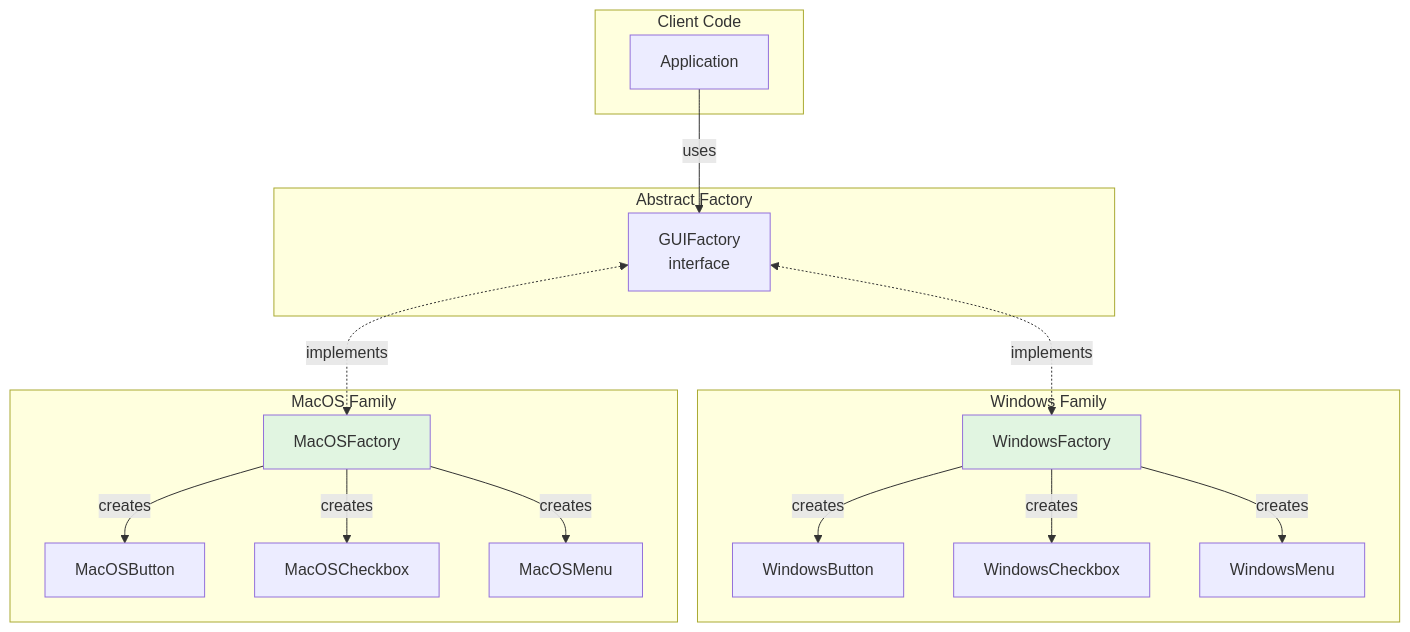
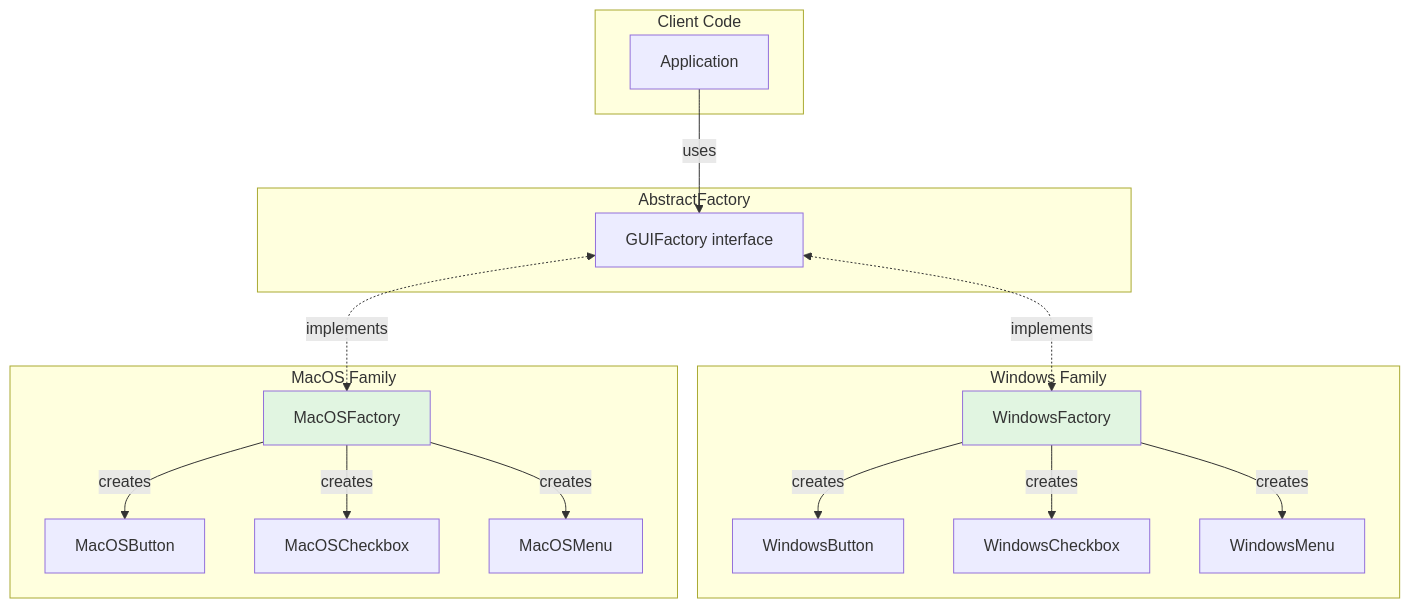
The tenth of 55 diagrams in chapters/cap13-design-patterns-diag.md (Brebu/Quizz), drawn with Mermaid before and after one commit. The commit also changed other lines of this file and 1 other file, not shown here.

````diff
--- a/chapters/cap13-design-patterns-diag.md
+++ b/chapters/cap13-design-patterns-diag.md
@@ -306,39 +306,39 @@
 ```mermaid
 graph TB
-    subgraph "Client Code"
+    subgraph ClientCode[Client Code]
         App[Application]
     end
     
-    subgraph "Abstract Factory"
-        GF[GUIFactory<br/>interface]
+    subgraph AbstractFactory
+        GF[GUIFactory interface]
     end
     
-    subgraph "Windows Family"
+    subgraph WindowsFamily[Windows Family]
         WF[WindowsFactory]
         WB[WindowsButton]
         WC[WindowsCheckbox]
         WM[WindowsMenu]
     end
     
-    subgraph "MacOS Family"
+    subgraph MacOSFamily[MacOS Family]
         MF[MacOSFactory]
         MB[MacOSButton]
         MC[MacOSCheckbox]
         MM[MacOSMenu]
     end
     
     App -->|uses| GF
     GF <-.->|implements| WF
     GF <-.->|implements| MF
     
     WF -->|creates| WB
     WF -->|creates| WC
     WF -->|creates| WM
     
     MF -->|creates| MB
     MF -->|creates| MC
     MF -->|creates| MM
     
     style WF fill:#e1f5e1
     style MF fill:#e1f5e1
 ```
````
